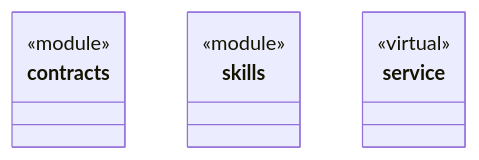
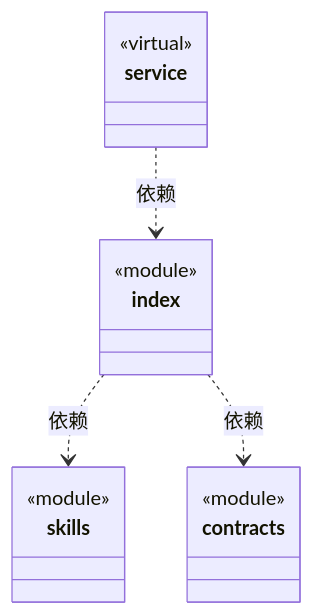
Before and after one commit to nan023062/cbim: the diagram in src/logic/feedback/ARCHITECTURE.md, drawn with Mermaid. The commit also changed other lines of this file and 136 other files, not shown here.

````diff
--- a/src/logic/feedback/ARCHITECTURE.md
+++ b/src/logic/feedback/ARCHITECTURE.md
@@ -22,15 +29,22 @@
 ```mermaid
 classDiagram
+class N_c7ad01c291ab["index"] {
+  <<module>>
+}
+click N_c7ad01c291ab href "index.ts"
+class N_8cdab2bb9b20["skills"] {
+  <<module>>
+}
+click N_8cdab2bb9b20 href "skills.ts"
 class N_5a99d71c9101["contracts"] {
   <<module>>
 }
 click N_5a99d71c9101 href "contracts.ts"
-class N_8cdab2bb9b20["skills"] {
-  <<module>>
-}
-click N_8cdab2bb9b20 href "skills.ts"
 class N_42298f81f22c["service"] {
   <<virtual>>
 }
 click N_42298f81f22c href "service/ARCHITECTURE.md"
+N_c7ad01c291ab ..> N_8cdab2bb9b20 : 依赖
+N_c7ad01c291ab ..> N_5a99d71c9101 : 依赖
+N_42298f81f22c ..> N_c7ad01c291ab : 依赖
 ```
````
